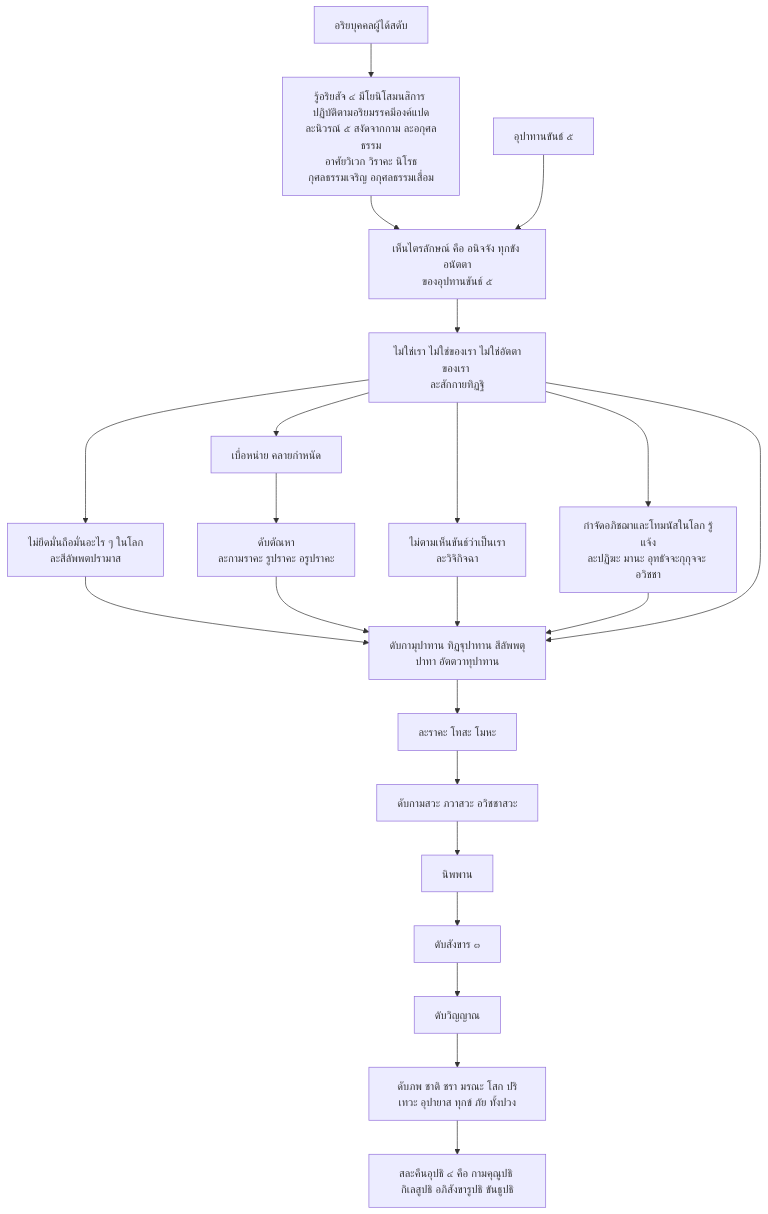
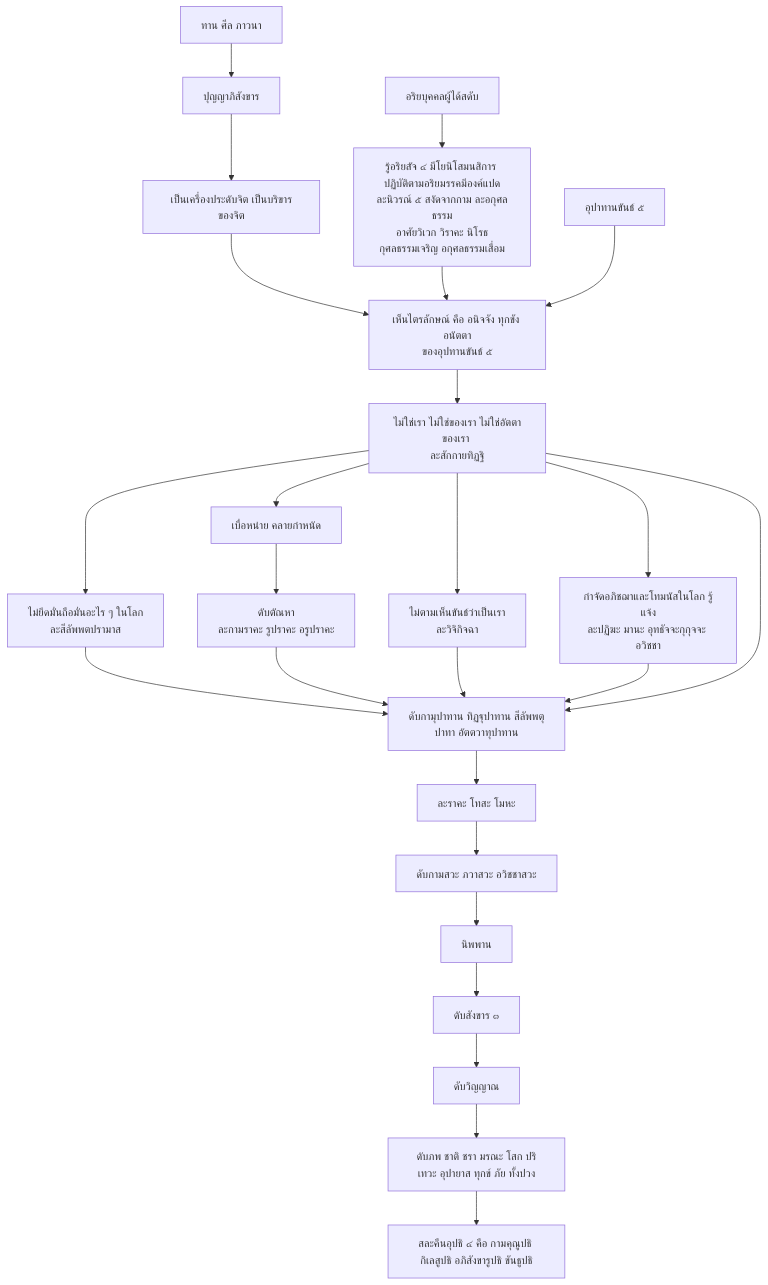
The second of 2 diagrams in README.md (Kietpawpan/buddism), drawn with Mermaid before and after one commit.

````diff
--- a/README.md
+++ b/README.md
@@ -36,12 +36,13 @@
 ```mermaid
 flowchart TD
+TA[ทาน ศีล ภาวนา]-->PY[ปุญญาภิสังขาร]-->JI[เป็นเครื่องประดับจิต เป็นบริขารของจิต]-->Q
 AR[อริยบุคคลผู้ได้สดับ]-->MK
 MK[รู้อริยสัจ ๔ มีโยนิโสมนสิการ \nปฏิบัติตามอริยมรรคมีองค์แปด\nละนิวรณ์ ๕ สงัดจากกาม ละอกุศลธรรม\nอาศัยวิเวก วิราคะ นิโรธ\nกุศลธรรมเจริญ อกุศลธรรมเสื่อม]-->Q
 P[อุปาทานขันธ์ ๕]-->Q[เห็นไตรลักษณ์ คือ อนิจจัง ทุกขัง อนัตตา\nของอุปทานขันธ์ ๕]-->R[ไม่ใช่เรา ไม่ใช่ของเรา ไม่ใช่อัตตาของเรา \nละสักกายทิฏฐิ]
 R-->U[ไม่ยึดมั่นถือมั่นอะไร ๆ ในโลก \nละสีลัพพตปรามาส]-->W[ดับกามุปาทาน ทิฏฐุปาทาน สีลัพพตุปาทา อัตตวาทุปาทาน]-->AA[ละราคะ โทสะ โมหะ]-->AB[ดับกามสวะ ภวาสวะ อวิชชาสวะ]-->X[นิพพาน]-->V[ดับสังขาร ๓]-->AD[ดับวิญญาณ]-->AC[ดับภพ ชาติ ชรา มรณะ โสก ปริเทวะ อุปายาส ทุกข์ ภัย ทั้งปวง]-->UP[สละคืนอุปธิ ๔ คือ กามคุณูปธิ กิเลสูปธิ อภิสังขารูปธิ ขันธูปธิ]
 R-->S[เบื่อหน่าย คลายกำหนัด]-->T[ดับตัณหา \nละกามราคะ รูปราคะ อรูปราคะ]
 T-->W
 R-->Y[ไม่ตามเห็นขันธ์ว่าเป็นเรา \nละวิจิกิจฉา]-->W
 R-->Z[กำจัดอภิชฌาและโทมนัสในโลก รู้แจ้ง\nละปฏิฆะ มานะ อุทธัจจะกุกุจจะ อวิชชา]-->W
 R-->W
 ```
````
